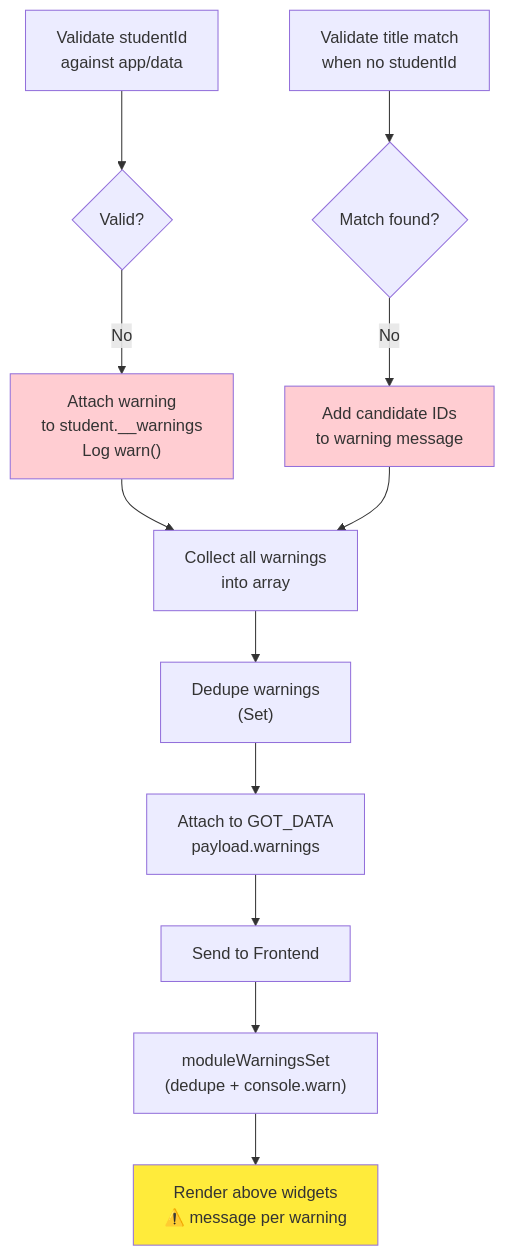
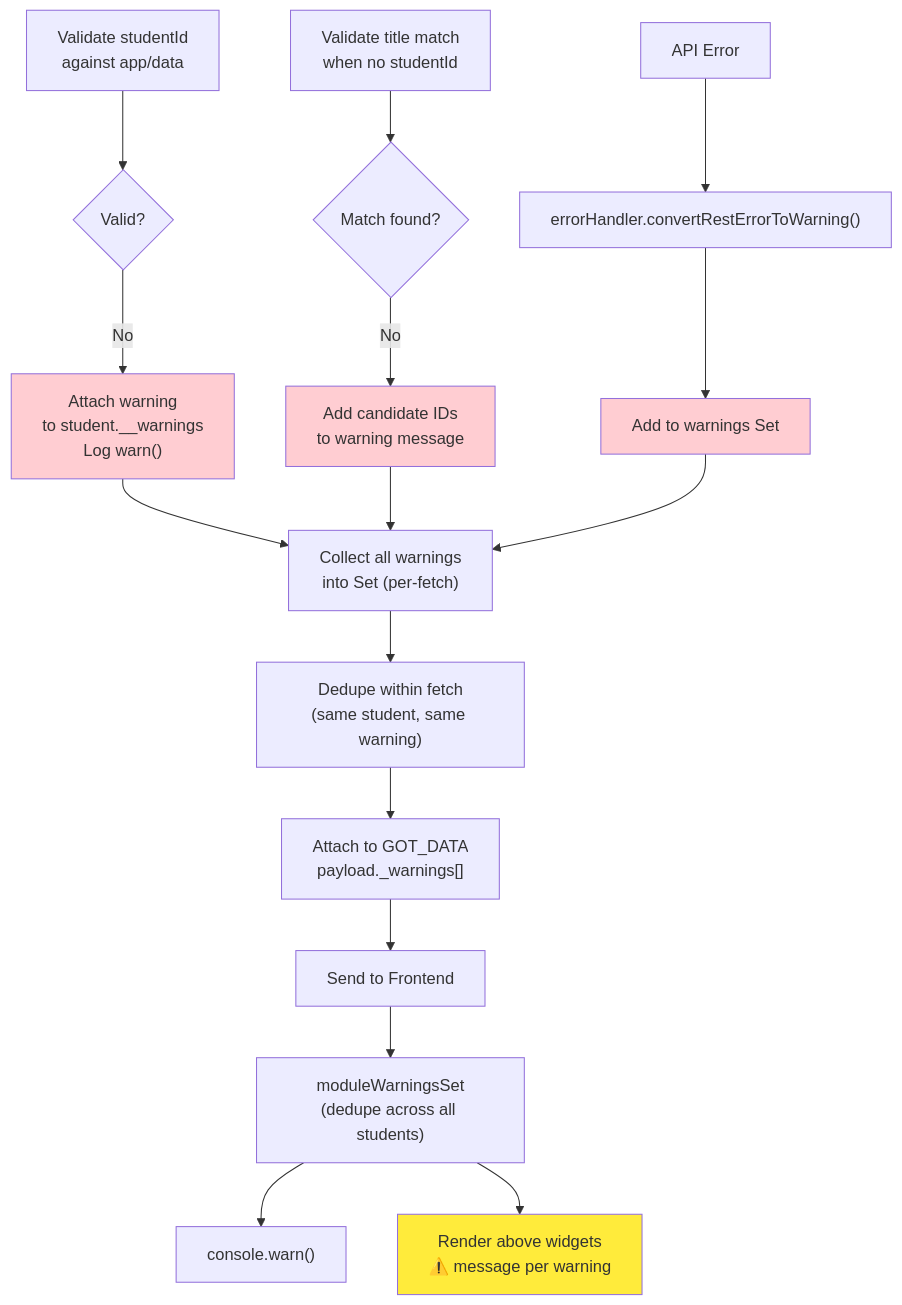
The ninth of 13 diagrams in docs/ARCHITECTURE.md (HeikoGr/MMM-Webuntis), drawn with Mermaid before and after one commit. The commit also changed other lines of this file and 6 other files, not shown here.

First line of the commit message:
Refactor authentication flow and improve logging

````diff
--- a/docs/ARCHITECTURE.md
+++ b/docs/ARCHITECTURE.md
@@ -531,22 +695,29 @@
 ```mermaid
 graph TD
     V1["Validate studentId<br/>against app/data"]
     --> W1{Valid?}
     W1 -->|No| A1["Attach warning<br/>to student.__warnings<br/>Log warn()"]
 
     V2["Validate title match<br/>when no studentId"]
     --> W2{Match found?}
     W2 -->|No| A2["Add candidate IDs<br/>to warning message"]
 
-    A1 --> C["Collect all warnings<br/>into array"]
+    API["API Error"]
+    --> ErrConv["errorHandler.convertRestErrorToWarning()"]
+    ErrConv --> A3["Add to warnings Set"]
+
+    A1 --> C["Collect all warnings<br/>into Set (per-fetch)"]
     A2 --> C
-    C --> D["Dedupe warnings<br/>(Set)"]
-    D --> P["Attach to GOT_DATA<br/>payload.warnings"]
+    A3 --> C
+    C --> D["Dedupe within fetch<br/>(same student, same warning)"]
+    D --> P["Attach to GOT_DATA<br/>payload._warnings[]"]
     P --> FE["Send to Frontend"]
-    FE --> MW["moduleWarningsSet<br/>(dedupe + console.warn)"]
+    FE --> MW["moduleWarningsSet<br/>(dedupe across all students)"]
+    MW --> Console["console.warn()"]
     MW --> UI["Render above widgets<br/>⚠️ message per warning"]
 
     style A1 fill:#ffcdd2
     style A2 fill:#ffcdd2
+    style A3 fill:#ffcdd2
     style UI fill:#ffeb3b
 ```
````
